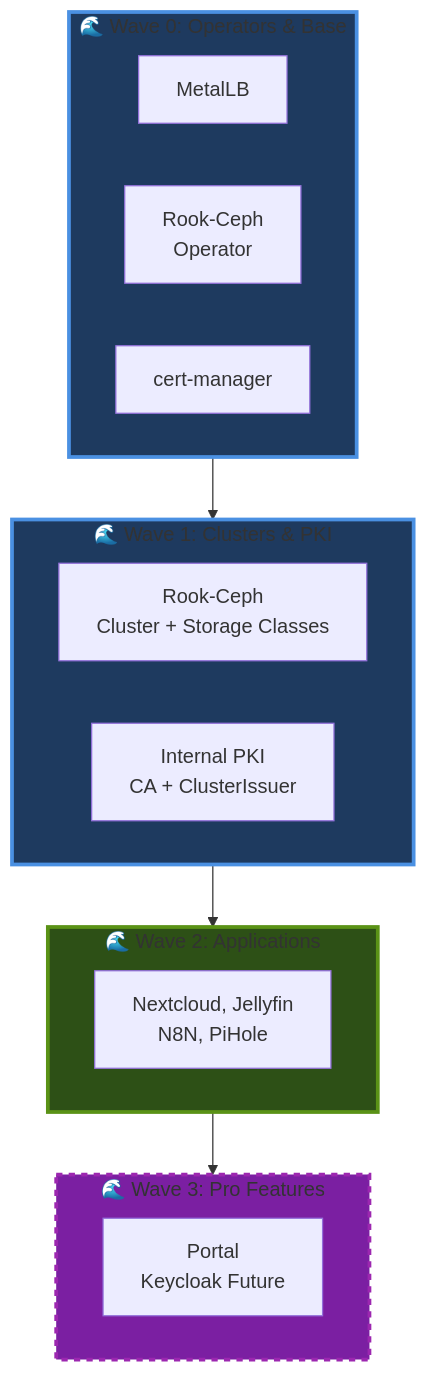
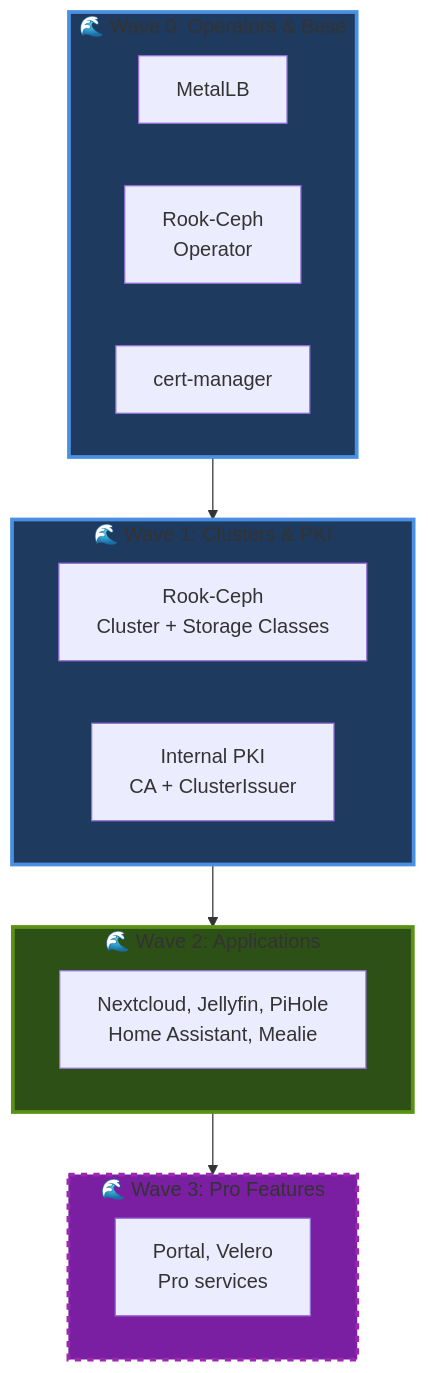
Before and after one commit to seadogger-tech/seadogger-homelab: the sixth of 6 diagrams in docs/wiki/05-GitOps-and-IaC.md, drawn with Mermaid. The commit also changed other lines of this file and 21 other files, not shown here.

````diff
--- a/docs/wiki/05-GitOps-and-IaC.md
+++ b/docs/wiki/05-GitOps-and-IaC.md
@@ -379,30 +379,30 @@
 ```mermaid
 graph TD
     subgraph Wave0["🌊 Wave 0: Operators & Base"]
         MetalLB[MetalLB]
         RookOp[Rook-Ceph<br/>Operator]
         CertMgr[cert-manager]
     end
 
     subgraph Wave1["🌊 Wave 1: Clusters & PKI"]
         RookCluster[Rook-Ceph<br/>Cluster + Storage Classes]
         PKI[Internal PKI<br/>CA + ClusterIssuer]
     end
 
     subgraph Wave2["🌊 Wave 2: Applications"]
-        Apps[Nextcloud, Jellyfin<br/>N8N, PiHole]
+        Apps[Nextcloud, Jellyfin, PiHole<br/>Home Assistant, Mealie]
     end
 
     subgraph WavePro["🌊 Wave 3: Pro Features"]
-        Pro[Portal<br/>Keycloak Future]
+        Pro[Portal, Velero<br/>Pro services]
     end
 
     Wave0 --> Wave1
     Wave1 --> Wave2
     Wave2 --> WavePro
 
     style Wave0 fill:#1e3a5f,stroke:#4a90e2,stroke-width:3px
     style Wave1 fill:#1e3a5f,stroke:#4a90e2,stroke-width:3px
     style Wave2 fill:#2d5016,stroke:#5a9216,stroke-width:3px
     style WavePro fill:#7b1fa2,stroke:#9c27b0,stroke-width:3px,stroke-dasharray: 5 5
 ```
````
